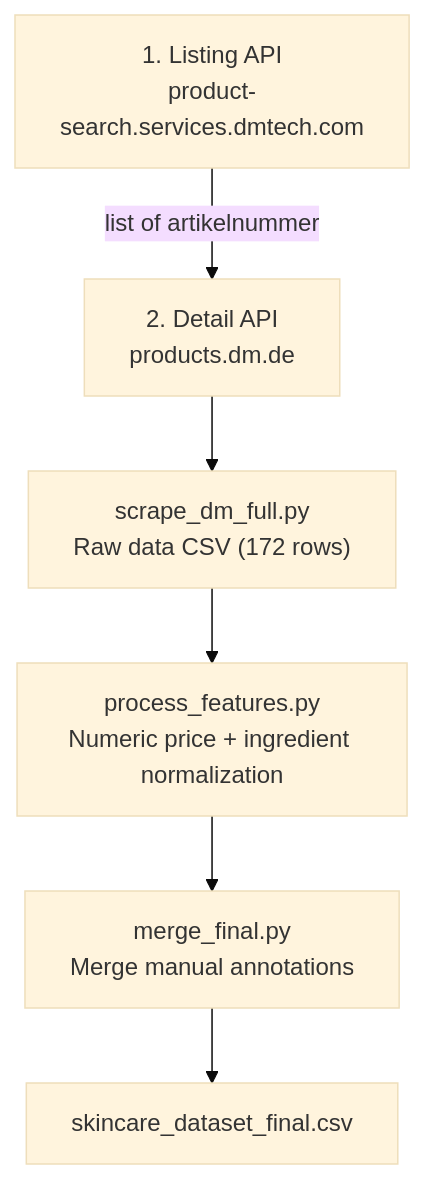
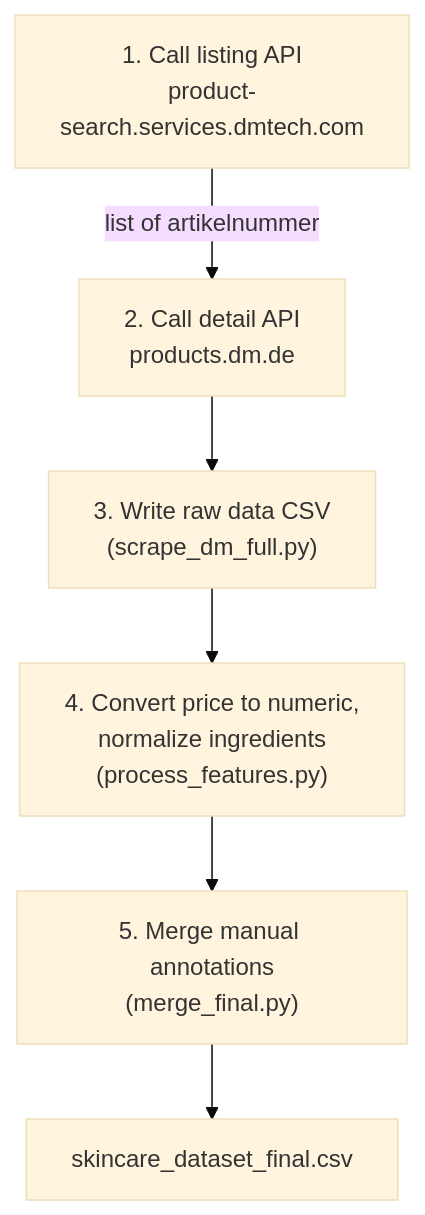
One commit to yuki-hogehoge/dm-skincare-data-pipeline changed the diagram in docs/data_pipeline.md. Above: the diagram before and after it, drawn with Mermaid (base theme).

Commit message:
Update data pipeline flowchart and checklist

````diff
--- a/docs/data_pipeline.md
+++ b/docs/data_pipeline.md
@@ -14,8 +14,8 @@
 ```mermaid
 flowchart TD
-    A["1. Listing API<br/>product-search.services.dmtech.com"] -->|list of artikelnummer| B["2. Detail API<br/>products.dm.de"]
-    B --> C["scrape_dm_full.py<br/>Raw data CSV (172 rows)"]
-    C --> D["process_features.py<br/>Numeric price + ingredient normalization"]
-    D --> E["merge_final.py<br/>Merge manual annotations"]
+    A["1. Call listing API<br/>product-search.services.dmtech.com"] -->|list of artikelnummer| B["2. Call detail API<br/>products.dm.de"]
+    B --> C["3. Write raw data CSV<br/>(scrape_dm_full.py)"]
+    C --> D["4. Convert price to numeric,<br/>normalize ingredients<br/>(process_features.py)"]
+    D --> E["5. Merge manual annotations<br/>(merge_final.py)"]
     E --> F["skincare_dataset_final.csv"]
 ```
````
